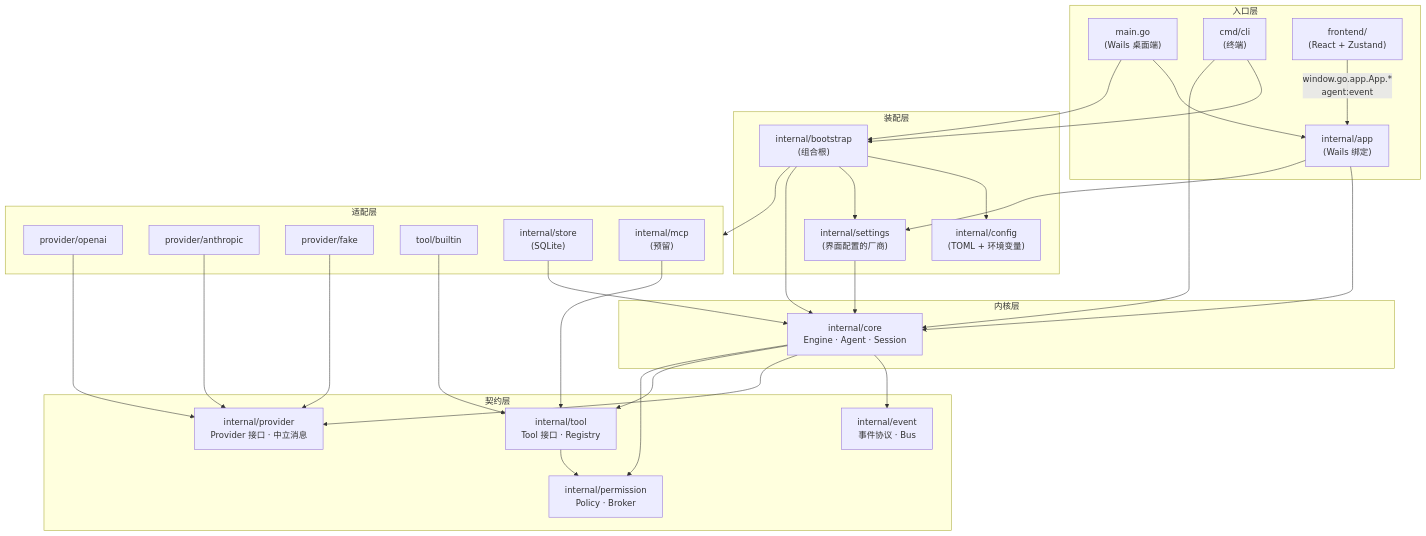
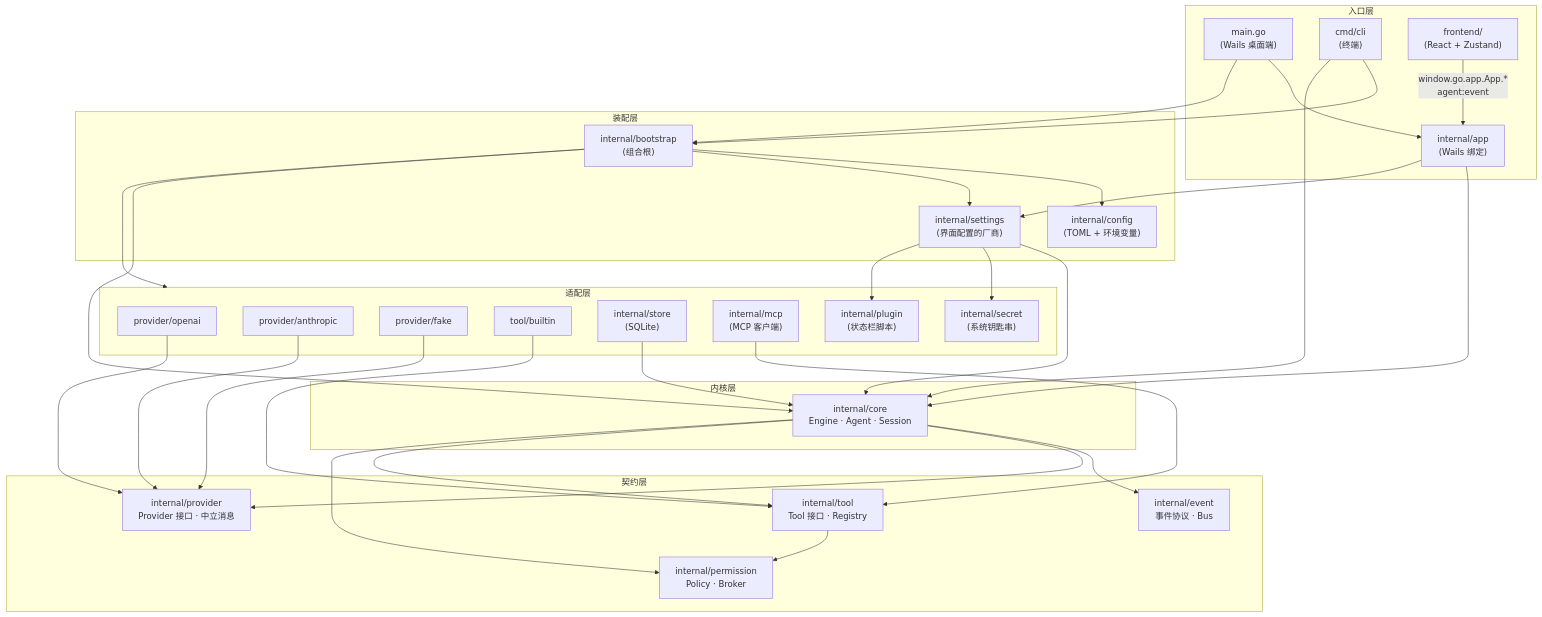
Before and after one commit to crazyjums/mosaic: the first of 2 diagrams in docs/architecture.md, drawn with Mermaid. The commit also changed other lines of this file and 7 other files, not shown here.

First line of the commit message:
docs: 权限规则、MCP、状态栏脚本、钥匙串、外观与多语言

````diff
--- a/docs/architecture.md
+++ b/docs/architecture.md
@@ -9,59 +9,63 @@
 ```mermaid
 flowchart TB
     subgraph Entry["入口层"]
         MAIN["main.go<br/>(Wails 桌面端)"]
         CLI["cmd/cli<br/>(终端)"]
         APP["internal/app<br/>(Wails 绑定)"]
         FE["frontend/<br/>(React + Zustand)"]
     end
 
     subgraph Assembly["装配层"]
         BOOT["internal/bootstrap<br/>(组合根)"]
         CFG["internal/config<br/>(TOML + 环境变量)"]
         SET["internal/settings<br/>(界面配置的厂商)"]
     end
 
     subgraph Adapters["适配层"]
         OAI["provider/openai"]
         ANT["provider/anthropic"]
         FAKE["provider/fake"]
         BUILTIN["tool/builtin"]
         STORE["internal/store<br/>(SQLite)"]
-        MCP["internal/mcp<br/>(预留)"]
+        MCP["internal/mcp<br/>(MCP 客户端)"]
+        SECRET["internal/secret<br/>(系统钥匙串)"]
+        PLUGIN["internal/plugin<br/>(状态栏脚本)"]
     end
 
     subgraph Kernel["内核层"]
         CORE["internal/core<br/>Engine · Agent · Session"]
     end
 
     subgraph Contracts["契约层"]
         EVENT["internal/event<br/>事件协议 · Bus"]
         PROV["internal/provider<br/>Provider 接口 · 中立消息"]
         TOOL["internal/tool<br/>Tool 接口 · Registry"]
         PERM["internal/permission<br/>Policy · Broker"]
     end
 
     FE -- "window.go.app.App.*<br/>agent:event" --> APP
     MAIN --> APP
     MAIN --> BOOT
     CLI --> BOOT
     APP --> CORE
     CLI --> CORE
     BOOT --> CFG
     BOOT --> SET
     APP --> SET
     SET --> CORE
     BOOT --> CORE
     BOOT --> Adapters
     STORE --> CORE
     OAI --> PROV
     ANT --> PROV
     FAKE --> PROV
     BUILTIN --> TOOL
     MCP --> TOOL
+    SET --> SECRET
+    SET --> PLUGIN
     CORE --> EVENT
     CORE --> PROV
     CORE --> TOOL
     CORE --> PERM
     TOOL --> PERM
 ```
````
